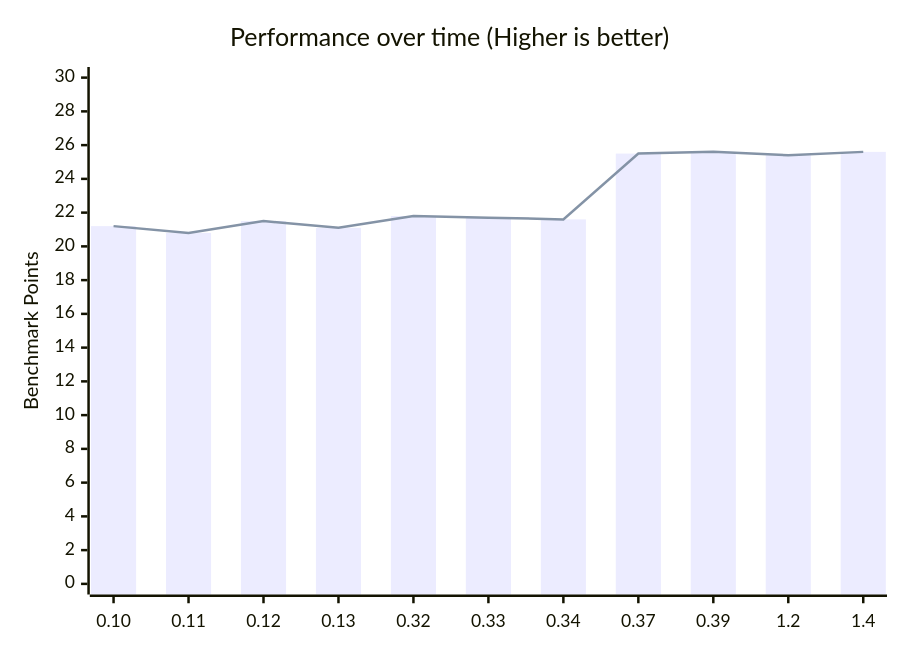
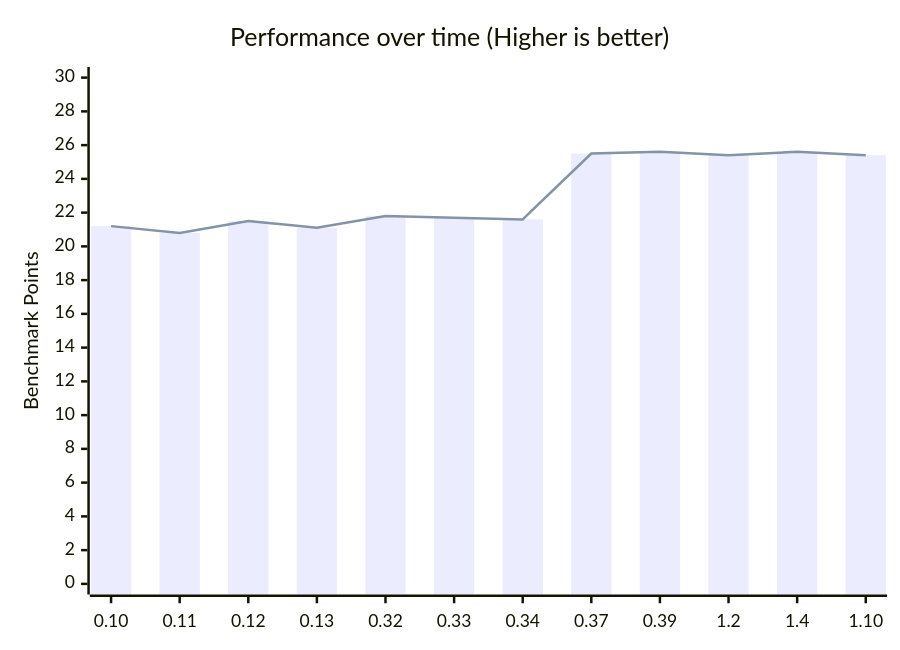
Before and after one commit to zen-browser/docs: the first of 4 diagrams in content/benchmarks.md, drawn with Mermaid. The commit also changed other lines of this file, not shown here.

````diff
--- a/content/benchmarks.md
+++ b/content/benchmarks.md
@@ -38,8 +39,8 @@
 ```mermaid
 xychart-beta
     title "Performance over time (Higher is better)"
-    x-axis [0.10, 0.11, 0.12, 0.13, 0.32, 0.33, 0.34, 0.37, 0.39, 1.2, 1.4]
+    x-axis [0.10, 0.11, 0.12, 0.13, 0.32, 0.33, 0.34, 0.37, 0.39, 1.2, 1.4,1.10]
     y-axis "Benchmark Points" 0 --> 30
-    bar [21.2,20.8,21.5,21.1,21.8,21.7,21.6,25.5,25.6,25.4,25.6]
-    line [21.2,20.8,21.5,21.1,21.8,21.7,21.6,25.5,25.6,25.4,25.6]
+    bar [21.2,20.8,21.5,21.1,21.8,21.7,21.6,25.5,25.6,25.4,25.6,25.4]
+    line [21.2,20.8,21.5,21.1,21.8,21.7,21.6,25.5,25.6,25.4,25.6,25.4]
 ```
````
